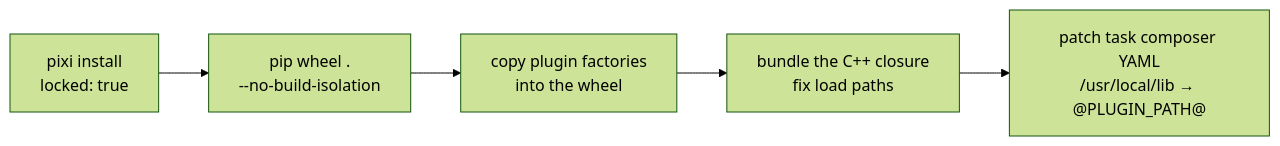
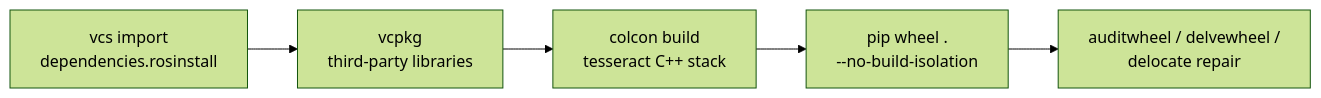
Before and after one commit to tesseract-robotics/tesseract_nanobind: the third of 3 diagrams in docs/developer/binaries.md, drawn with Mermaid (forest theme). The commit also changed other lines of this file and 20 other files, not shown here.

First line of the commit message:
Replace the pixi wheel pipeline with wheels.yml

````diff
--- a/docs/developer/binaries.md
+++ b/docs/developer/binaries.md
@@ -170,7 +166,7 @@
 ```mermaid
 flowchart LR
-    A[pixi install<br/>locked: true] --> B[pip wheel .<br/>--no-build-isolation]
-    B --> C[copy plugin factories<br/>into the wheel]
-    C --> D[bundle the C++ closure<br/>fix load paths]
-    D --> E[patch task composer YAML<br/>/usr/local/lib → @PLUGIN_PATH@]
+    A[vcs import<br/>dependencies.rosinstall] --> B[vcpkg<br/>third-party libraries]
+    B --> C[colcon build<br/>tesseract C++ stack]
+    C --> D[pip wheel .<br/>--no-build-isolation]
+    D --> E[auditwheel / delvewheel /<br/>delocate repair]
 ```
````
